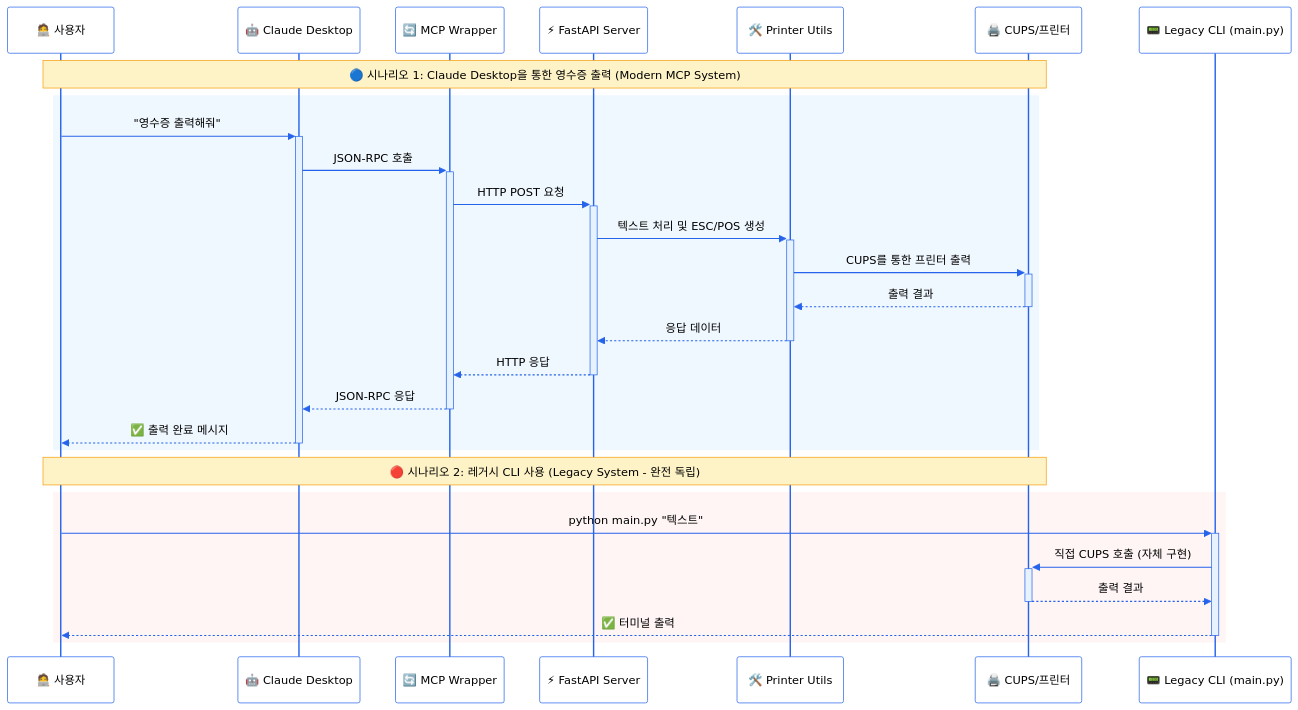
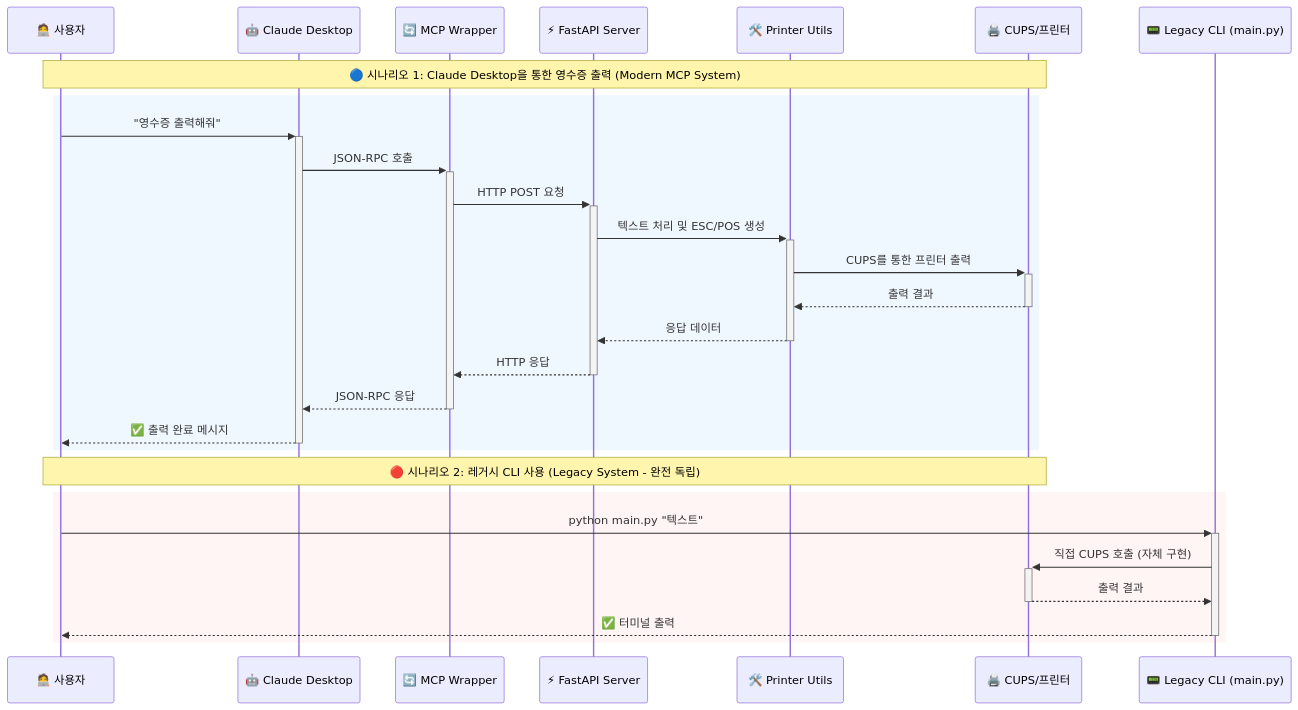
Before and after one commit to nicewook/receipt-printer: the second of 5 diagrams in docs/architecture-overview.md, drawn with Mermaid. The commit also changed other lines of this file and 5 other files, not shown here.

First line of the commit message:
Fix documentation portal Mermaid rendering and clean up markdown files

````diff
--- a/docs/architecture-overview.md
+++ b/docs/architecture-overview.md
@@ -66,58 +50,34 @@
 ```mermaid
-%%{init: {
-  'theme': 'base',
-  'themeVariables': {
-    'primaryColor': '#f8f9fa',
-    'primaryTextColor': '#000000',
-    'primaryBorderColor': '#333333',
-    'lineColor': '#333333',
-    'actorBkg': '#ffffff',
-    'actorBorder': '#2563eb',
-    'actorTextColor': '#000000',
-    'actorLineColor': '#2563eb',
-    'signalColor': '#2563eb',
-    'signalTextColor': '#000000',
-    'activationBkgColor': '#e6f3ff',
-    'activationBorderColor': '#2563eb',
-    'noteBkgColor': '#fef3c7',
-    'noteTextColor': '#000000',
-    'noteBorderColor': '#f59e0b',
-    'loopTextColor': '#000000',
-    'labelTextColor': '#000000',
-    'labelBoxBkgColor': '#ffffff',
-    'labelBoxBorderColor': '#333333'
-  }
-}}%%
 sequenceDiagram
     participant U as 🧑‍💻 사용자
     participant C as 🤖 Claude Desktop
     participant M as 🔄 MCP Wrapper
     participant F as ⚡ FastAPI Server
     participant P as 🛠️ Printer Utils
     participant S as 🖨️ CUPS/프린터
     participant L as 📟 Legacy CLI (main.py)
 
     Note over U,S: 🔵 시나리오 1: Claude Desktop을 통한 영수증 출력 (Modern MCP System)
     
     rect rgb(240, 248, 255)
         U->>+C: "영수증 출력해줘"
         C->>+M: JSON-RPC 호출
         M->>+F: HTTP POST 요청
         F->>+P: 텍스트 처리 및 ESC/POS 생성
         P->>+S: CUPS를 통한 프린터 출력
         S-->>-P: 출력 결과
         P-->>-F: 응답 데이터
         F-->>-M: HTTP 응답
         M-->>-C: JSON-RPC 응답
         C-->>-U: ✅ 출력 완료 메시지
     end
 
     Note over U,S: 🔴 시나리오 2: 레거시 CLI 사용 (Legacy System - 완전 독립)
     
     rect rgb(255, 245, 245)
         U->>+L: python main.py "텍스트"
         L->>+S: 직접 CUPS 호출 (자체 구현)
         S-->>-L: 출력 결과
         L-->>-U: ✅ 터미널 출력
     end
 ```
````
